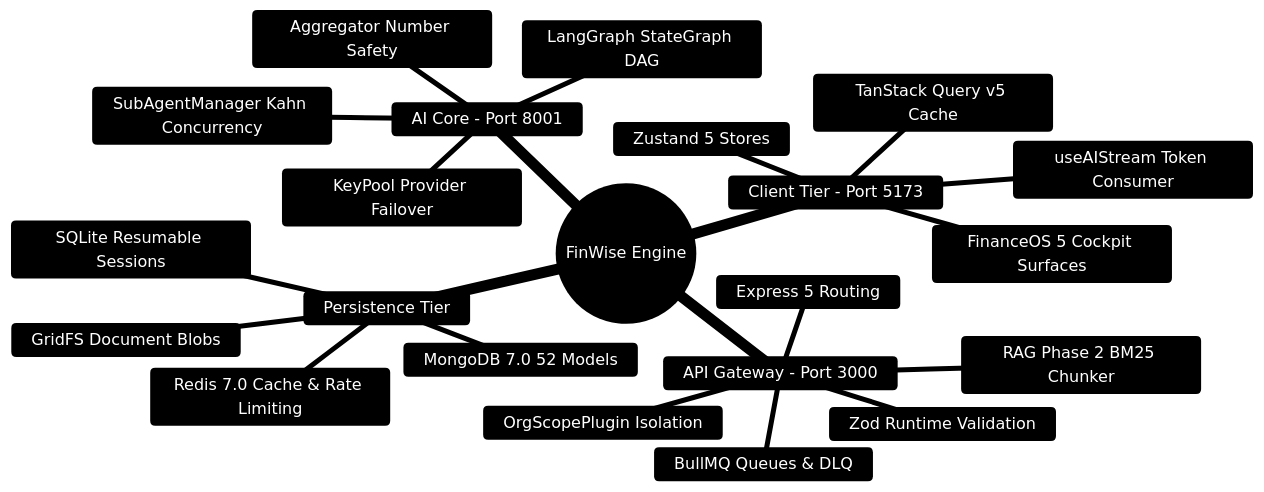
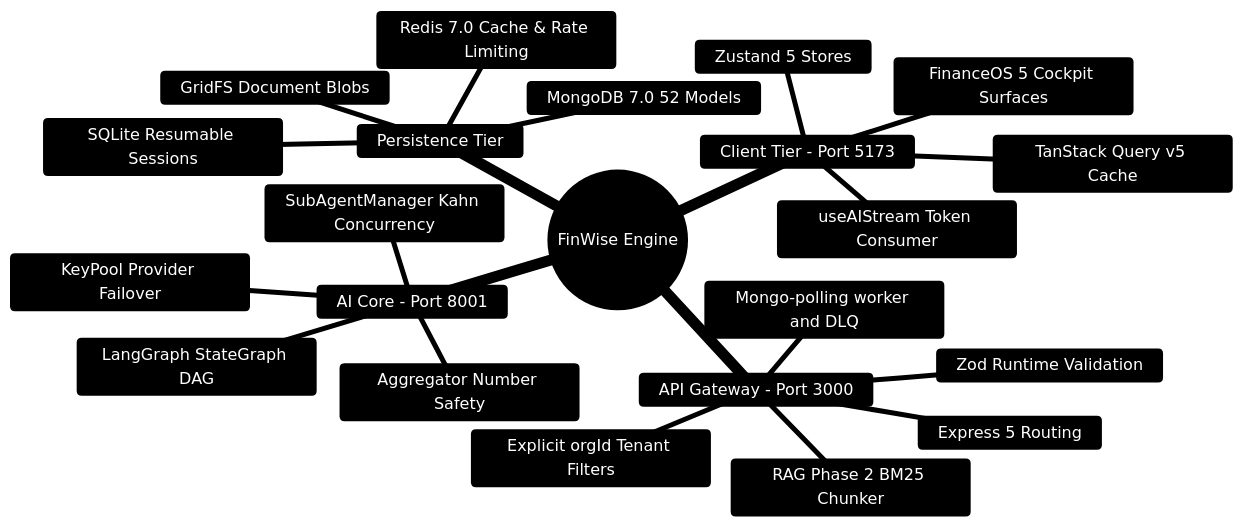
The diagram in CLAUDE.md (Ganesh172919/personal-finance), drawn with Mermaid before and after one commit. The commit also changed other lines of this file and 1026 other files, not shown here.

````diff
--- a/CLAUDE.md
+++ b/CLAUDE.md
@@ -33,26 +33,26 @@
 ```mermaid
 %%{init: {'theme': 'base', 'themeVariables': { 'primaryColor': '#1e293b', 'primaryTextColor': '#ffffff', 'primaryBorderColor': '#3b82f6', 'lineColor': '#60a5fa', 'secondaryColor': '#0f172a', 'tertiaryColor': '#1e1e2e'}}}%%
 mindmap
   root((FinWise Engine))
     Client Tier - Port 5173
       FinanceOS 5 Cockpit Surfaces
       Zustand 5 Stores
       TanStack Query v5 Cache
       useAIStream Token Consumer
     API Gateway - Port 3000
       Express 5 Routing
-      OrgScopePlugin Isolation
+      Explicit orgId Tenant Filters
       Zod Runtime Validation
-      BullMQ Queues & DLQ
+      Mongo-polling worker and DLQ
       RAG Phase 2 BM25 Chunker
     AI Core - Port 8001
       LangGraph StateGraph DAG
       SubAgentManager Kahn Concurrency
       Aggregator Number Safety
       KeyPool Provider Failover
     Persistence Tier
       MongoDB 7.0 52 Models
       Redis 7.0 Cache & Rate Limiting
       GridFS Document Blobs
       SQLite Resumable Sessions
 ```
````
